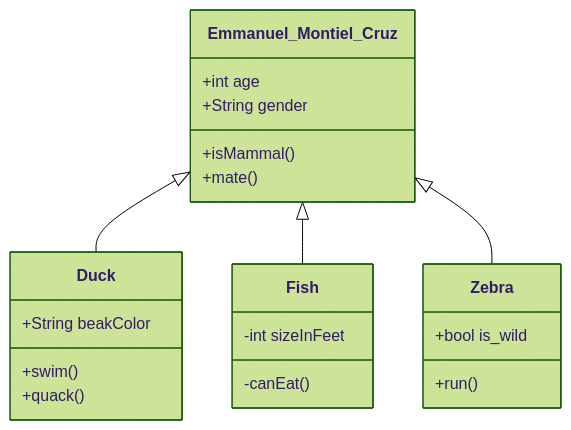
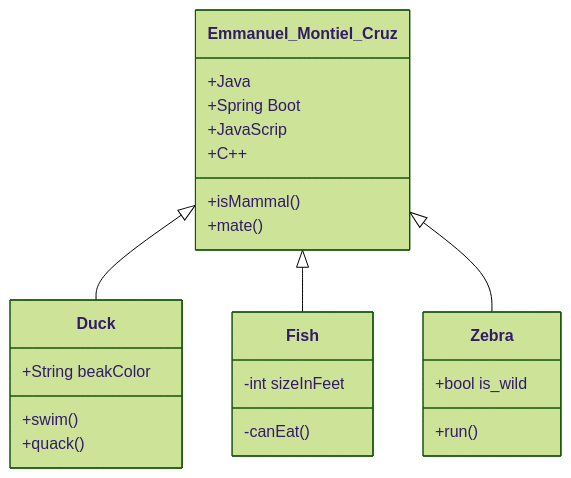
Before and after one commit to acmerev/acmerev: the first of 2 diagrams in index.md, drawn with Mermaid (forest theme).

````diff
--- a/index.md
+++ b/index.md
@@ -42,23 +42,25 @@
 ```mermaid
   classDiagram
     Emmanuel_Montiel_Cruz <|-- Duck
     Emmanuel_Montiel_Cruz <|-- Fish
     Emmanuel_Montiel_Cruz <|-- Zebra
-    Emmanuel_Montiel_Cruz : +int age
-    Emmanuel_Montiel_Cruz : +String gender
+    Emmanuel_Montiel_Cruz : +Java
+    Emmanuel_Montiel_Cruz : +Spring Boot
+    Emmanuel_Montiel_Cruz : +JavaScrip
+    Emmanuel_Montiel_Cruz : +C++
     Emmanuel_Montiel_Cruz: +isMammal()
     Emmanuel_Montiel_Cruz: +mate()
     class Duck{
         +String beakColor
         +swim()
         +quack()
     }
     class Fish{
         -int sizeInFeet
         -canEat()
     }
     class Zebra{
         +bool is_wild
         +run()
     }
 ```
````
